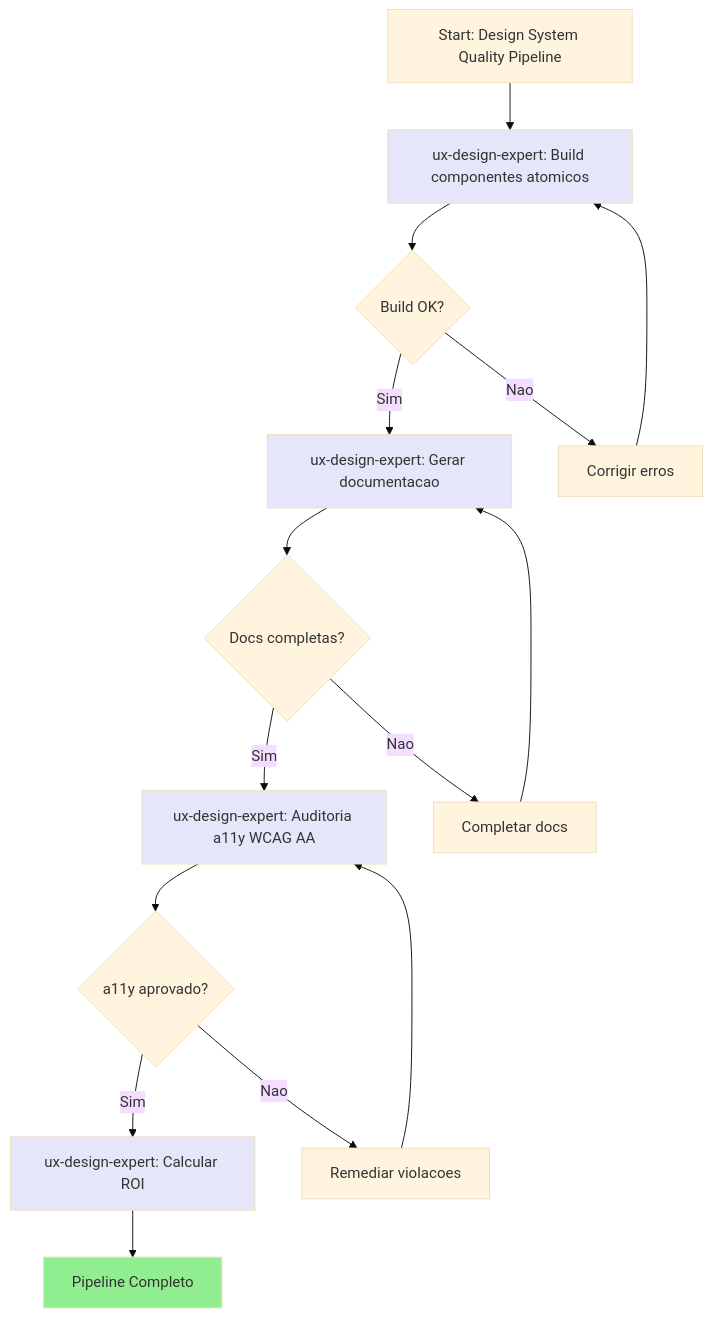
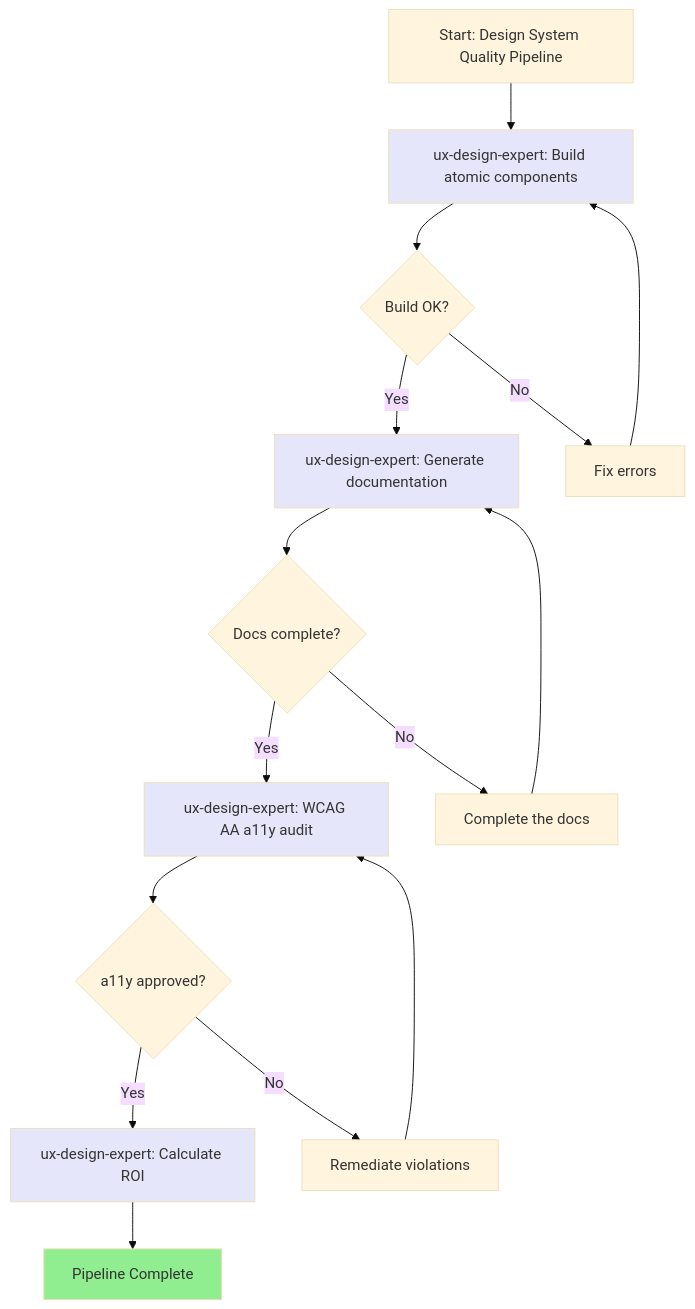
One commit to CyryxLabs/AEXOS changed the sixth of 7 diagrams in docs/guides/agents/UX-DESIGN-EXPERT-SYSTEM.md. Above: the diagram before and after it, drawn with Mermaid (base theme). The commit also changed other lines of this file and 528 other files, not shown here.

````diff
--- a/docs/guides/agents/UX-DESIGN-EXPERT-SYSTEM.md
+++ b/docs/guides/agents/UX-DESIGN-EXPERT-SYSTEM.md
@@ -583,26 +583,26 @@
 ```mermaid
 graph TD
-    A["Start: Design System Quality Pipeline"] --> B["ux-design-expert: Build componentes atomicos"]
+    A["Start: Design System Quality Pipeline"] --> B["ux-design-expert: Build atomic components"]
     B --> C{Build OK?}
-    C -->|Sim| D["ux-design-expert: Gerar documentacao"]
-    C -->|Nao| E["Corrigir erros"]
+    C -->|Yes| D["ux-design-expert: Generate documentation"]
+    C -->|No| E["Fix errors"]
     E --> B
 
-    D --> F{Docs completas?}
-    F -->|Sim| G["ux-design-expert: Auditoria a11y WCAG AA"]
-    F -->|Nao| H["Completar docs"]
+    D --> F{Docs complete?}
+    F -->|Yes| G["ux-design-expert: WCAG AA a11y audit"]
+    F -->|No| H["Complete the docs"]
     H --> D
 
-    G --> I{a11y aprovado?}
-    I -->|Sim| J["ux-design-expert: Calcular ROI"]
-    I -->|Nao| K["Remediar violacoes"]
+    G --> I{a11y approved?}
+    I -->|Yes| J["ux-design-expert: Calculate ROI"]
+    I -->|No| K["Remediate violations"]
     K --> G
 
-    J --> L["Pipeline Completo"]
+    J --> L["Pipeline Complete"]
 
     style L fill:#90EE90
     style B fill:#E6E6FA
     style D fill:#E6E6FA
     style G fill:#E6E6FA
     style J fill:#E6E6FA
 ```
````
